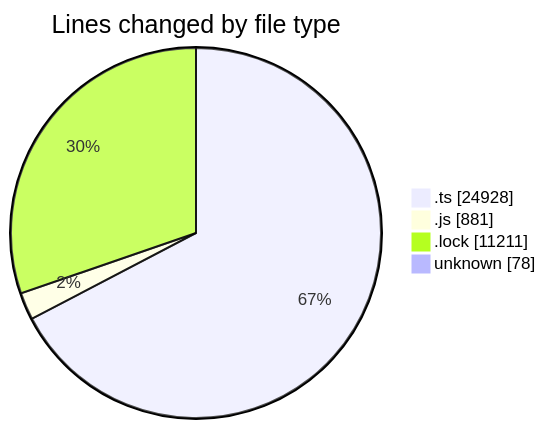
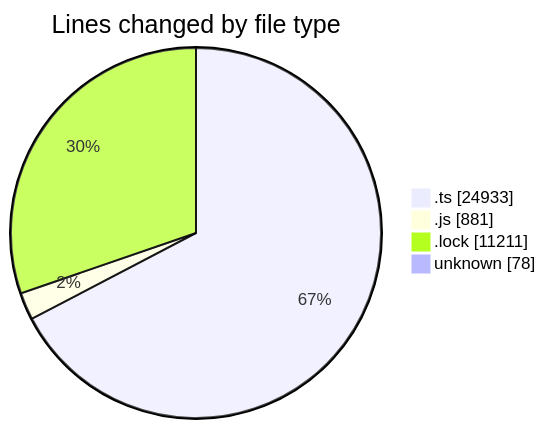
One commit to momahboobian/code-tracking changed the first of 2 diagrams in 2025-05-20/cda/README.md. Above: the diagram before and after it, drawn with Mermaid. The commit also changed other lines of this file and 1 other file, not shown here.

````diff
--- a/2025-05-20/cda/README.md
+++ b/2025-05-20/cda/README.md
@@ -38,8 +38,8 @@
 ```mermaid
 pie showData
 title Lines changed by file type
-".ts" : 24928
+".ts" : 24933
 ".js" : 881
 ".lock" : 11211
 "unknown" : 78
 ```
````
